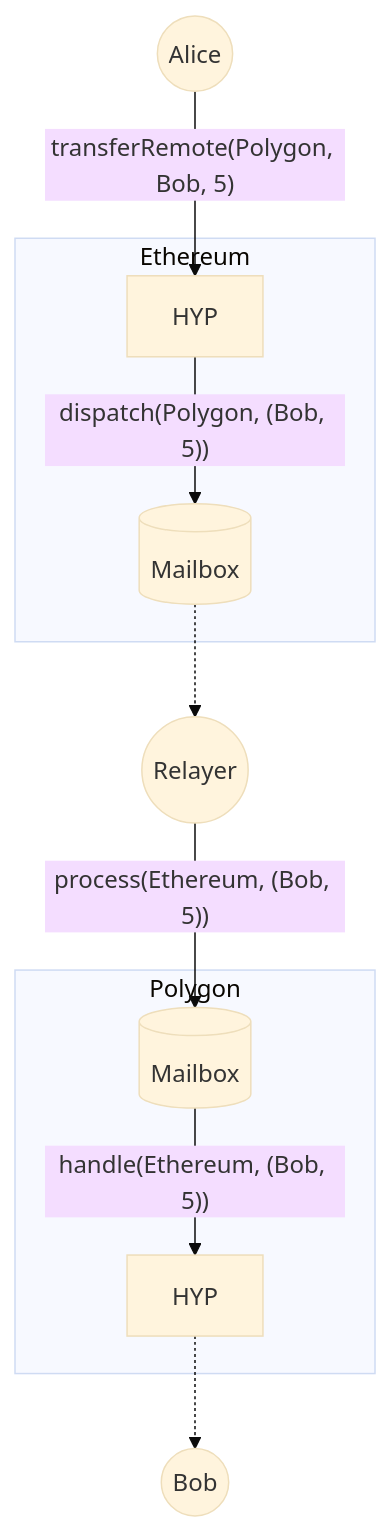
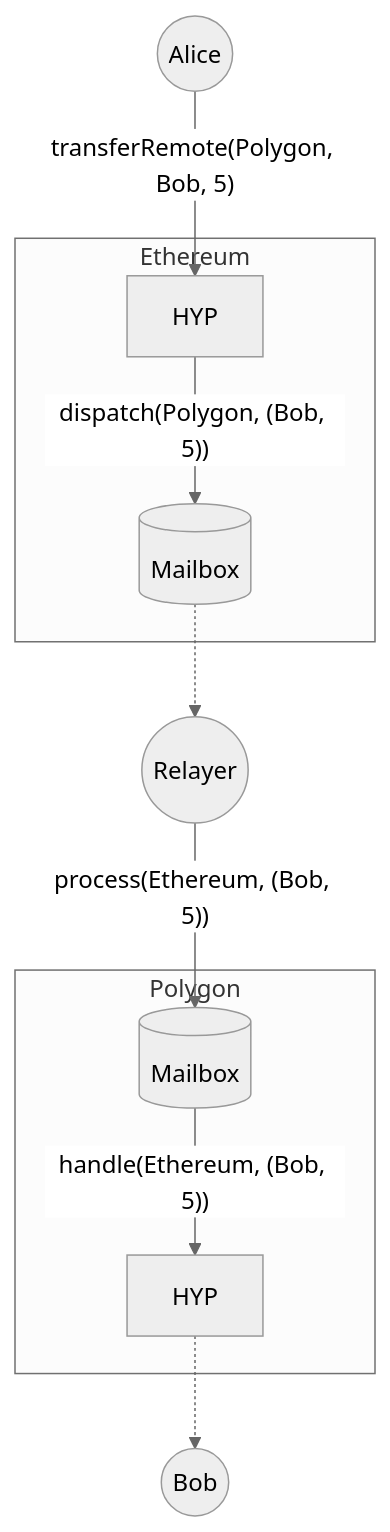
The diagram in README.md (aeternity/hyperlane-monorepo), drawn with Mermaid before and after one commit.

Commit message:
Update styles

````diff
--- a/README.md
+++ b/README.md
@@ -5,25 +5,25 @@
 ```mermaid
-%%{init: {'theme':'base'}}%%
+%%{init: {'theme': 'neutral', 'themeCSS': '.node rect { fill: #025AA1 } .edgeLabel { color: black } .nodeLabel { color: white }'}}%%
 graph TB
     Alice((Alice))
     Relayer((Relayer))
 
     subgraph "Ethereum"
         HYP_E[HYP]
         M_E[(Mailbox)]
     end
 
     subgraph "Polygon"
         HYP_P[HYP]
         M_P[(Mailbox)]
     end
 
     Bob((Bob))
 
     Alice -- "transferRemote(Polygon, Bob, 5)" --> HYP_E
     HYP_E -- "dispatch(Polygon, (Bob, 5))" --> M_E
     M_E-.->Relayer
     Relayer -- "process(Ethereum, (Bob, 5))" --> M_P
     M_P-->|"handle(Ethereum, (Bob, 5))"|HYP_P
     HYP_P-.->Bob
 ```
````
